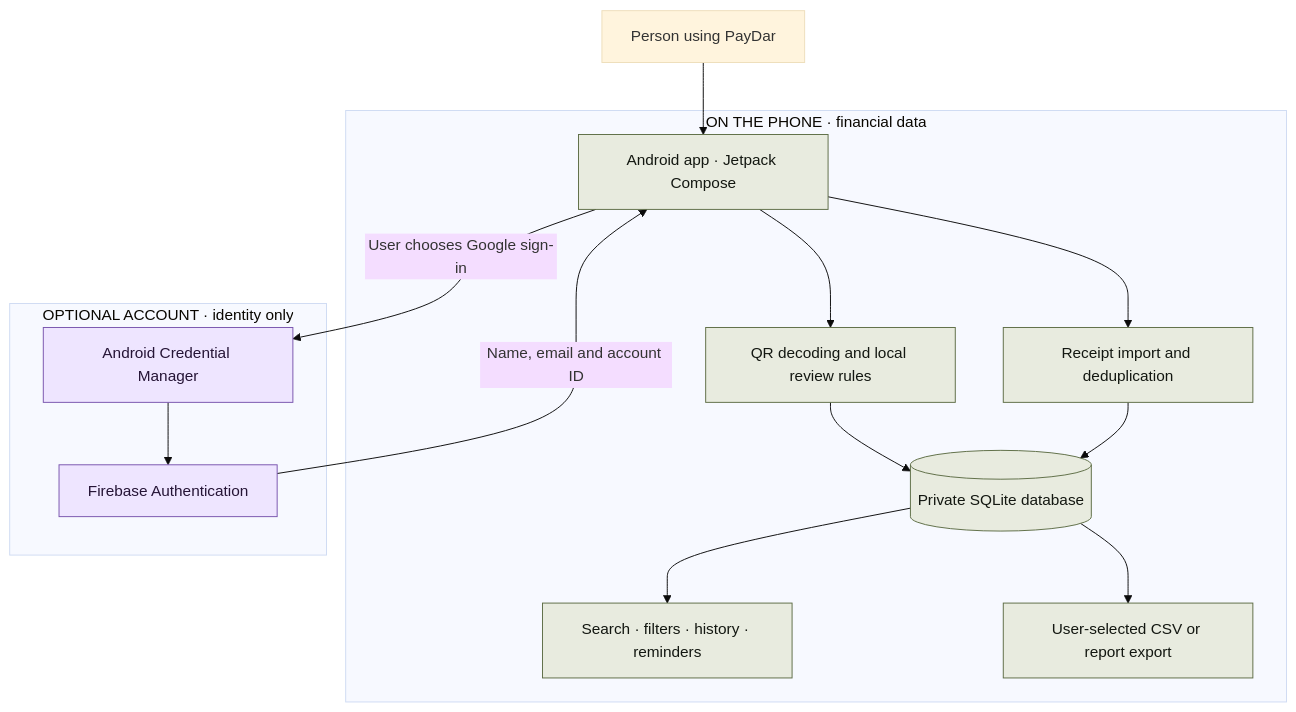
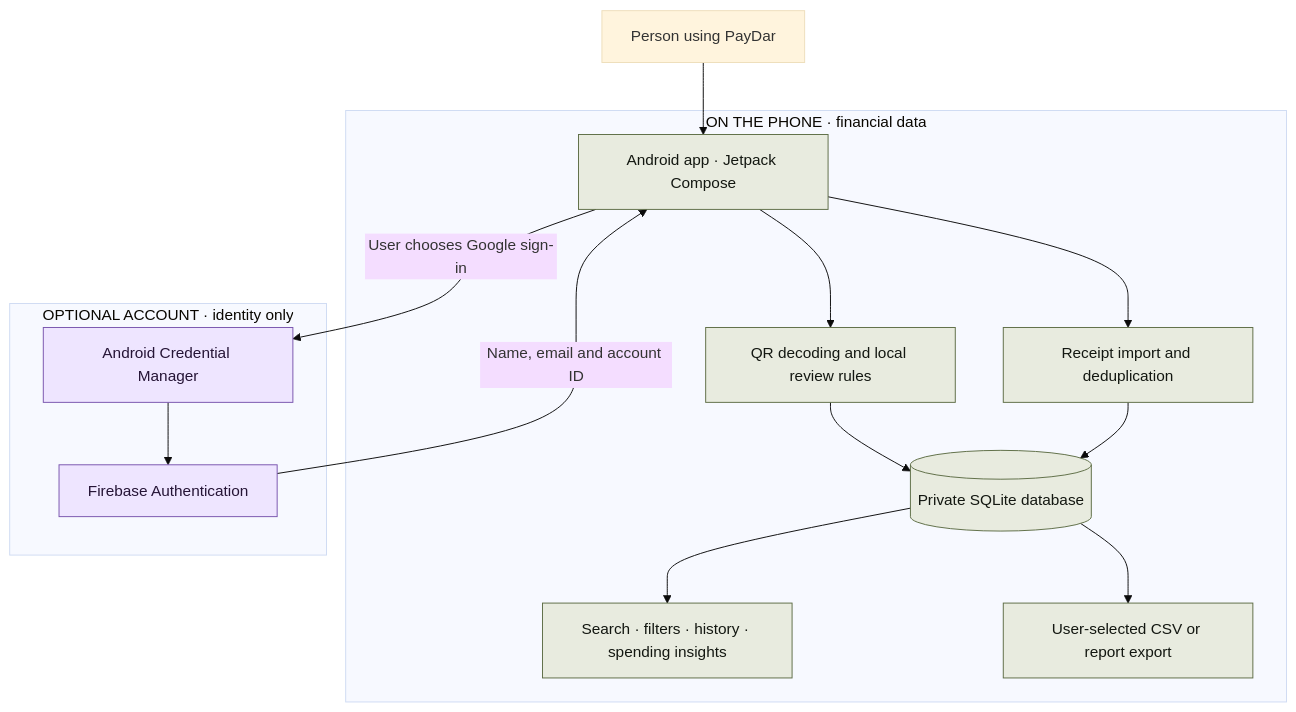
One commit to hydra-eng/paydar changed the first of 5 diagrams in README.md. Above: the diagram before and after it, drawn with Mermaid (base theme). The commit also changed other lines of this file and 12 other files, not shown here.

Commit message:
Add receipt-based spending insights and payment review

````diff
--- a/README.md
+++ b/README.md
@@ -43,21 +45,21 @@
 ```mermaid
 flowchart TB
     person["Person using PayDar"] --> app["Android app · Jetpack Compose"]
     subgraph device["ON THE PHONE · financial data"]
         app --> review["QR decoding and local review rules"]
         app --> ledger["Receipt import and deduplication"]
         review --> db[("Private SQLite database")]
         ledger --> db
-        db --> tools["Search · filters · history · reminders"]
+        db --> tools["Search · filters · history · spending insights"]
         db --> export["User-selected CSV or report export"]
     end
     subgraph identity["OPTIONAL ACCOUNT · identity only"]
         credential["Android Credential Manager"] --> firebase["Firebase Authentication"]
     end
     app -->|"User chooses Google sign-in"| credential
     firebase -->|"Name, email and account ID"| app
     classDef local fill:#e8ebdf,stroke:#5e6d46,color:#131711
     classDef account fill:#eee5ff,stroke:#7955ae,color:#251436
     class app,review,ledger,db,tools,export local
     class credential,firebase account
 ```
````
